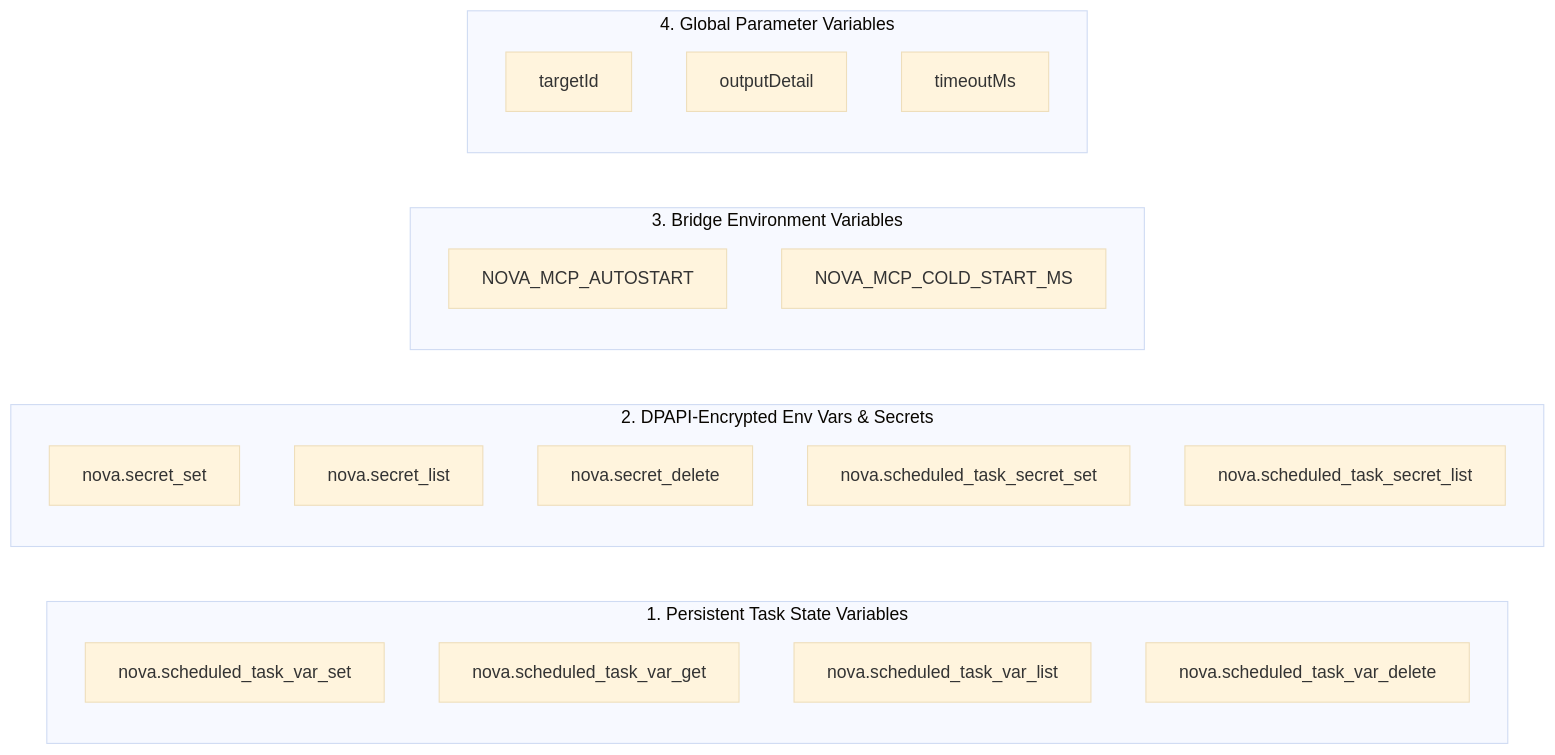
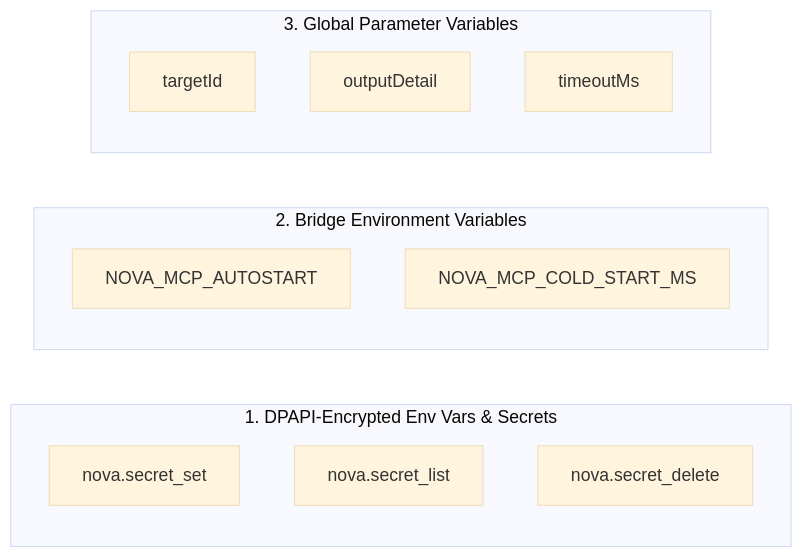
Before and after one commit to joelaniol/nova: the second of 2 diagrams in docs/mcp-reference/README.md, drawn with Mermaid (base theme). The commit also changed other lines of this file and 98 other files, not shown here.

````diff
--- a/docs/mcp-reference/README.md
+++ b/docs/mcp-reference/README.md
@@ -77,28 +77,19 @@
 ```mermaid
 flowchart LR
-    subgraph PersistentState["1. Persistent Task State Variables"]
-        TV_SET["nova.scheduled_task_var_set"]
-        TV_GET["nova.scheduled_task_var_get"]
-        TV_LIST["nova.scheduled_task_var_list"]
-        TV_DEL["nova.scheduled_task_var_delete"]
-    end
-
-    subgraph EncryptedEnv["2. DPAPI-Encrypted Env Vars & Secrets"]
+    subgraph EncryptedEnv["1. DPAPI-Encrypted Env Vars & Secrets"]
         SEC_SET["nova.secret_set"]
         SEC_LIST["nova.secret_list"]
         SEC_DEL["nova.secret_delete"]
-        TS_SET["nova.scheduled_task_secret_set"]
-        TS_LIST["nova.scheduled_task_secret_list"]
     end
 
-    subgraph BridgeEnv["3. Bridge Environment Variables"]
+    subgraph BridgeEnv["2. Bridge Environment Variables"]
         AUTOSTART["NOVA_MCP_AUTOSTART"]
         COLDSTART["NOVA_MCP_COLD_START_MS"]
     end
 
-    subgraph CallParams["4. Global Parameter Variables"]
+    subgraph CallParams["3. Global Parameter Variables"]
         TID["targetId"]
         OUT["outputDetail"]
         TO["timeoutMs"]
     end
 ```
````
